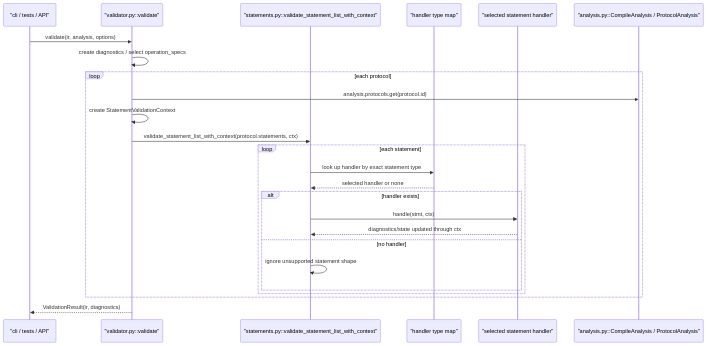
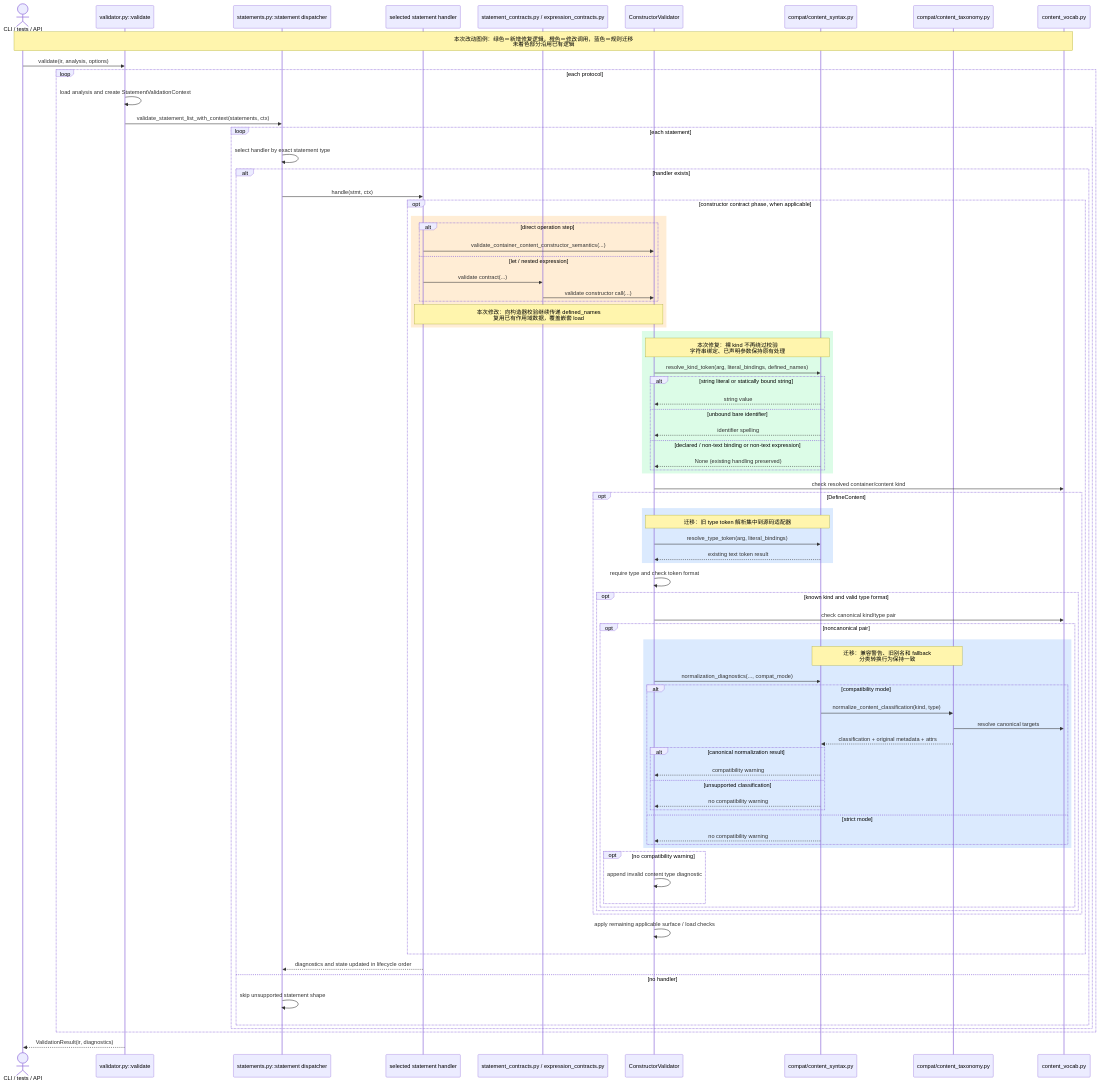
The second of 3 diagrams in docs/architecture/pipeline/validate_module_diagrams.md (culsma/culsma), drawn with Mermaid before and after one commit. The commit also changed other lines of this file and 16 other files, not shown here.

Commit message:
fix: validate bare content kinds and isolate legacy compatibility

````diff
--- a/docs/architecture/pipeline/validate_module_diagrams.md
+++ b/docs/architecture/pipeline/validate_module_diagrams.md
@@ -59,31 +53,86 @@
 ```mermaid
 sequenceDiagram
-    participant Caller as "cli / tests / API"
-    participant V as "validator.py::validate"
-    participant S as "statements.py::validate_statement_list_with_context"
-    participant M as "handler type map"
-    participant H as "selected statement handler"
-    participant A as "analysis.py::CompileAnalysis / ProtocolAnalysis"
+actor Caller as CLI / tests / API
+participant V as validator.py::validate
+participant S as statements.py::statement dispatcher
+participant H as selected statement handler
+participant Contracts as statement_contracts.py / expression_contracts.py
+participant C as ConstructorValidator
+participant Syntax as compat/content_syntax.py
+participant Taxonomy as compat/content_taxonomy.py
+participant Vocab as content_vocab.py
 
-    Caller->>V: validate(ir, analysis, options)
-    V->>V: create diagnostics / select operation_specs
+Note over Caller, Vocab: 本次改动图例：绿色＝新增修复逻辑，橙色＝修改调用，蓝色＝规则迁移<br/>未着色部分沿用已有逻辑
 
-    loop each protocol
-        V->>A: analysis.protocols.get(protocol.id)
-        V->>V: create StatementValidationContext
-        V->>S: validate_statement_list_with_context(protocol.statements, ctx)
-
-        loop each statement
-            S->>M: look up handler by exact statement type
-            M-->>S: selected handler or none
-            alt handler exists
-                S->>H: handle(stmt, ctx)
-                H-->>S: diagnostics/state updated through ctx
-            else no handler
-                S->>S: ignore unsupported statement shape
+Caller ->> V : validate(ir, analysis, options)
+loop each protocol
+    V ->> V : load analysis and create StatementValidationContext
+    V ->> S : validate_statement_list_with_context(statements, ctx)
+    loop each statement
+        S ->> S : select handler by exact statement type
+        alt handler exists
+            S ->> H : handle(stmt, ctx)
+            opt constructor contract phase, when applicable
+                rect rgb(255, 237, 213)
+                alt direct operation step
+                    H ->> C : validate_container_content_constructor_semantics(...)
+                else let / nested expression
+                    H ->> Contracts : validate contract(...)
+                    Contracts ->> C : validate constructor call(...)
+                end
+                Note over H, C: 本次修改：向构造器校验继续传递 defined_names<br/>复用已有作用域数据，覆盖嵌套 load
+                end
+                rect rgb(220, 252, 231)
+                Note over C, Syntax: 本次修复：裸 kind 不再绕过校验<br/>字符串绑定、已声明参数保持原有处理
+                C ->> Syntax : resolve_kind_token(arg, literal_bindings, defined_names)
+                alt string literal or statically bound string
+                    Syntax -->> C : string value
+                else unbound bare identifier
+                    Syntax -->> C : identifier spelling
+                else declared / non-text binding or non-text expression
+                    Syntax -->> C : None (existing handling preserved)
+                end
+                end
+                C ->> Vocab : check resolved container/content kind
+                opt DefineContent
+                    rect rgb(219, 234, 254)
+                    Note over C, Syntax: 迁移：旧 type token 解析集中到源码适配器
+                    C ->> Syntax : resolve_type_token(arg, literal_bindings)
+                    Syntax -->> C : existing text token result
+                    end
+                    C ->> C : require type and check token format
+                    opt known kind and valid type format
+                        C ->> Vocab : check canonical kind/type pair
+                        opt noncanonical pair
+                            rect rgb(219, 234, 254)
+                            Note over Syntax, Taxonomy: 迁移：兼容警告、旧别名和 fallback<br/>分类转换行为保持一致
+                            C ->> Syntax : normalization_diagnostics(..., compat_mode)
+                            alt compatibility mode
+                                Syntax ->> Taxonomy : normalize_content_classification(kind, type)
+                                Taxonomy ->> Vocab : resolve canonical targets
+                                Taxonomy -->> Syntax : classification + original metadata + attrs
+                                alt canonical normalization result
+                                    Syntax -->> C : compatibility warning
+                                else unsupported classification
+                                    Syntax -->> C : no compatibility warning
+                                end
+                            else strict mode
+                                Syntax -->> C : no compatibility warning
+                            end
+                            end
+                            opt no compatibility warning
+                                C ->> C : append invalid content type diagnostic
+                            end
+                        end
+                    end
+                end
+                C ->> C : apply remaining applicable surface / load checks
             end
+            H -->> S : diagnostics and state updated in lifecycle order
+        else no handler
+            S ->> S : skip unsupported statement shape
         end
     end
-
-    V-->>Caller: ValidationResult(ir, diagnostics)
+end
+V -->> Caller : ValidationResult(ir, diagnostics)
 ```
````
